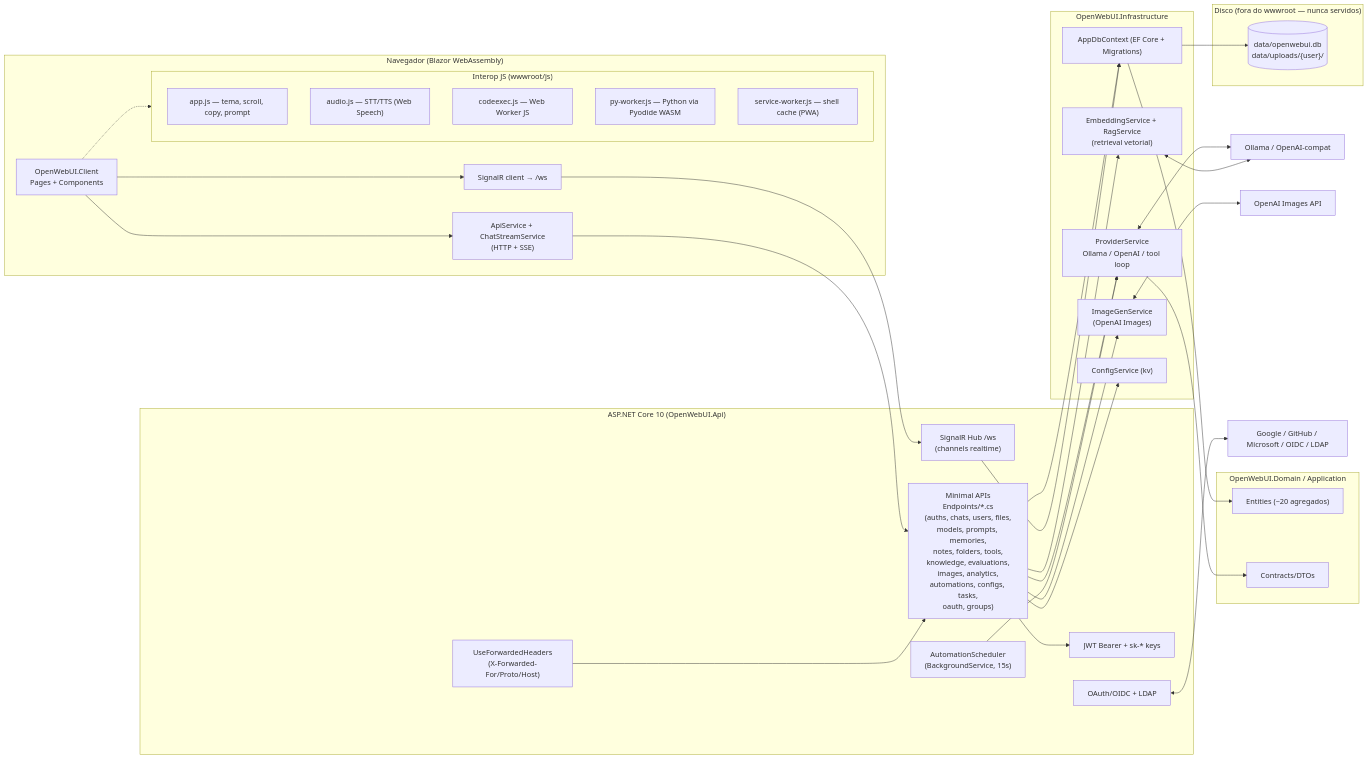
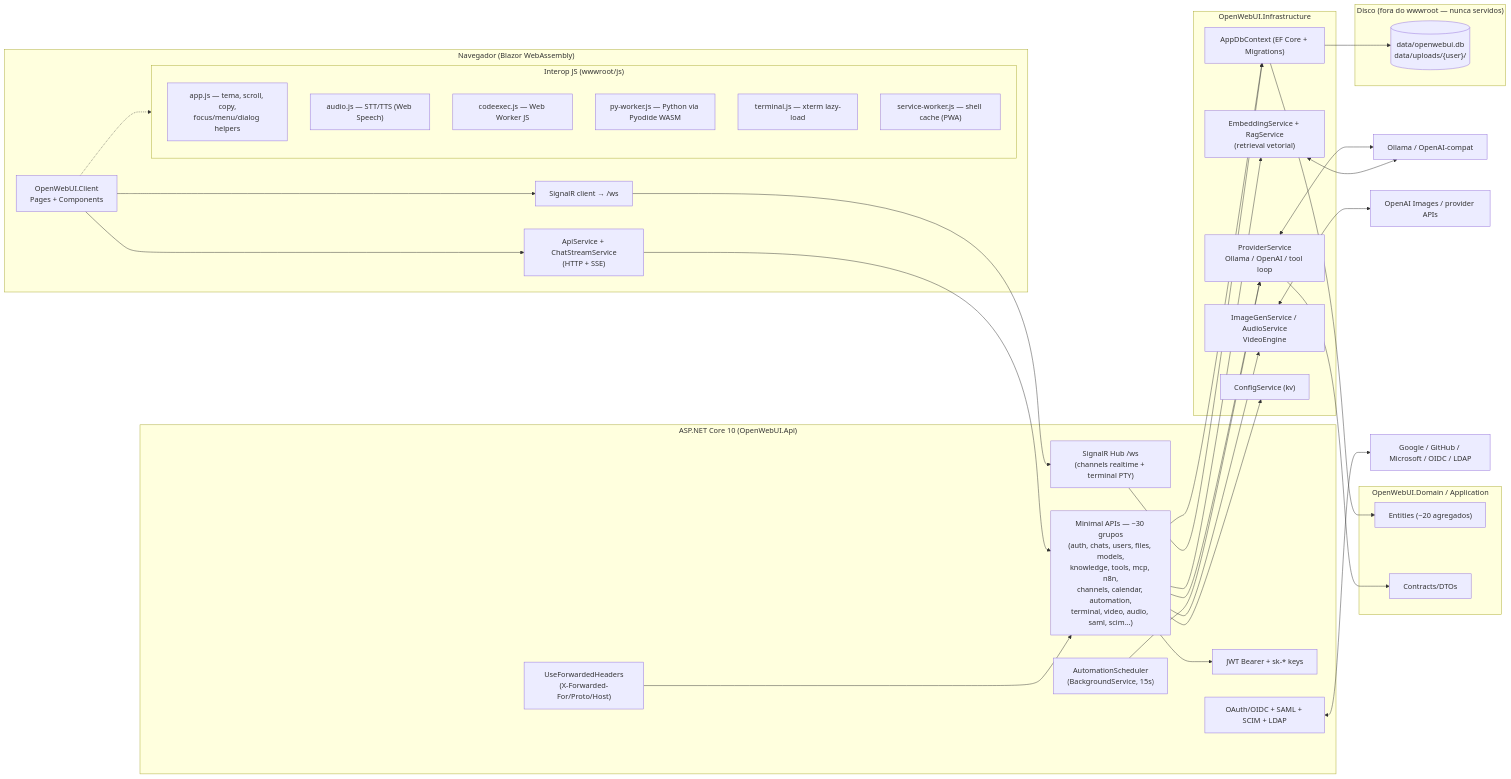
One commit to afonsoft/open-webui changed the first of 5 diagrams in docs/architecture/architecture.md. Above: the diagram before and after it, drawn with Mermaid. The commit also changed other lines of this file and 8 other files, not shown here.

First line of the commit message:
docs(architecture): refresh diagrams + add CI/boot flows, archify artifact

````diff
--- a/docs/architecture/architecture.md
+++ b/docs/architecture/architecture.md
@@ -9,62 +9,63 @@
 ```mermaid
 flowchart LR
     subgraph Browser["Navegador (Blazor WebAssembly)"]
         UI["OpenWebUI.Client<br/>Pages + Components"]
         subgraph ClientJS["Interop JS (wwwroot/js)"]
-            JS1["app.js — tema, scroll, copy, prompt"]
+            JS1["app.js — tema, scroll, copy,<br/>focus/menu/dialog helpers"]
             JS2["audio.js — STT/TTS (Web Speech)"]
             JS3["codeexec.js — Web Worker JS"]
             JS4["py-worker.js — Python via Pyodide WASM"]
+            JS5["terminal.js — xterm lazy-load"]
             SW["service-worker.js — shell cache (PWA)"]
         end
         ApiS["ApiService + ChatStreamService<br/>(HTTP + SSE)"]
         Hub["SignalR client → /ws"]
     end
 
     subgraph Server["ASP.NET Core 10 (OpenWebUI.Api)"]
         FH["UseForwardedHeaders<br/>(X-Forwarded-For/Proto/Host)"]
-        EP["Minimal APIs<br/>Endpoints/*.cs<br/>(auths, chats, users, files,<br/>models, prompts, memories,<br/>notes, folders, tools,<br/>knowledge, evaluations,<br/>images, analytics,<br/>automations, configs, tasks,<br/>oauth, groups)"]
-        WS["SignalR Hub /ws<br/>(channels realtime)"]
+        EP["Minimal APIs — ~30 grupos<br/>(auth, chats, users, files, models,<br/>knowledge, tools, mcp, n8n,<br/>channels, calendar, automation,<br/>terminal, video, audio, saml, scim…)"]
+        WS["SignalR Hub /ws<br/>(channels realtime + terminal PTY)"]
         AuthMW["JWT Bearer + sk-* keys"]
-        OAuth["OAuth/OIDC + LDAP"]
+        OAuth["OAuth/OIDC + SAML + SCIM + LDAP"]
         Sched["AutomationScheduler<br/>(BackgroundService, 15s)"]
     end
 
     subgraph Infra["OpenWebUI.Infrastructure"]
         DB["AppDbContext (EF Core + Migrations)"]
         Prov["ProviderService<br/>Ollama / OpenAI / tool loop"]
         Emb["EmbeddingService + RagService<br/>(retrieval vetorial)"]
-        Img["ImageGenService<br/>(OpenAI Images)"]
+        Img["ImageGenService / AudioService<br/>VideoEngine"]
         Cfg["ConfigService (kv)"]
     end
 
     subgraph Domain["OpenWebUI.Domain / Application"]
         Ent["Entities (~20 agregados)"]
         Dto["Contracts/DTOs"]
     end
 
     subgraph Store["Disco (fora do wwwroot — nunca servidos)"]
         Vol[("data/openwebui.db<br/>data/uploads/{user}/")]
     end
 
     UI --> ApiS --> EP
     UI --> Hub --> WS
     UI -.-> ClientJS
     FH --> EP
     EP --> AuthMW
     EP --> DB
     EP --> Prov
     EP --> Img
     EP --> Emb
     Sched --> Prov
     DB --> Ent
     DB --> Vol
     Prov --> Dto
     EP --> Cfg
     WS --> DB
 
     Prov <--> Ext1["Ollama / OpenAI-compat"]
-    Img <--> Ext2["OpenAI Images API"]
+    Img <--> Ext2["OpenAI Images / provider APIs"]
     Emb <--> Ext1
     OAuth <--> Ext3["Google / GitHub / Microsoft / OIDC / LDAP"]
 ```
````
